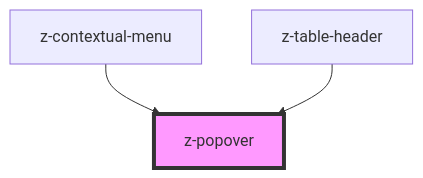
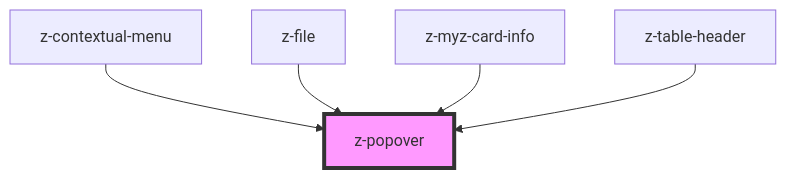
Before and after one commit to ZanichelliEditore/design-system: the diagram in src/components/z-popover/readme.md, drawn with Mermaid. The commit also changed other lines of this file and 25 other files, not shown here.

````diff
--- a/src/components/z-popover/readme.md
+++ b/src/components/z-popover/readme.md
@@ -35,6 +50,8 @@
 ```mermaid
 graph TD;
   z-contextual-menu --> z-popover
+  z-file --> z-popover
+  z-myz-card-info --> z-popover
   z-table-header --> z-popover
   style z-popover fill:#f9f,stroke:#333,stroke-width:4px
 ```
````
